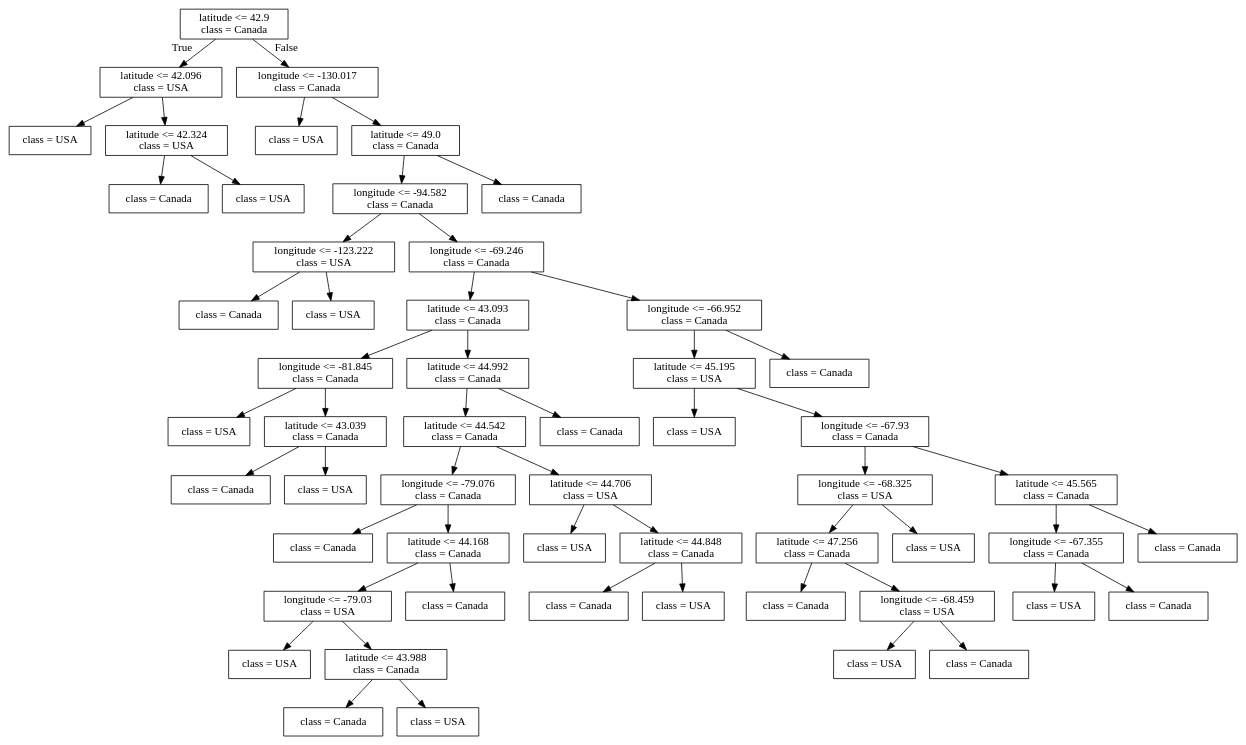
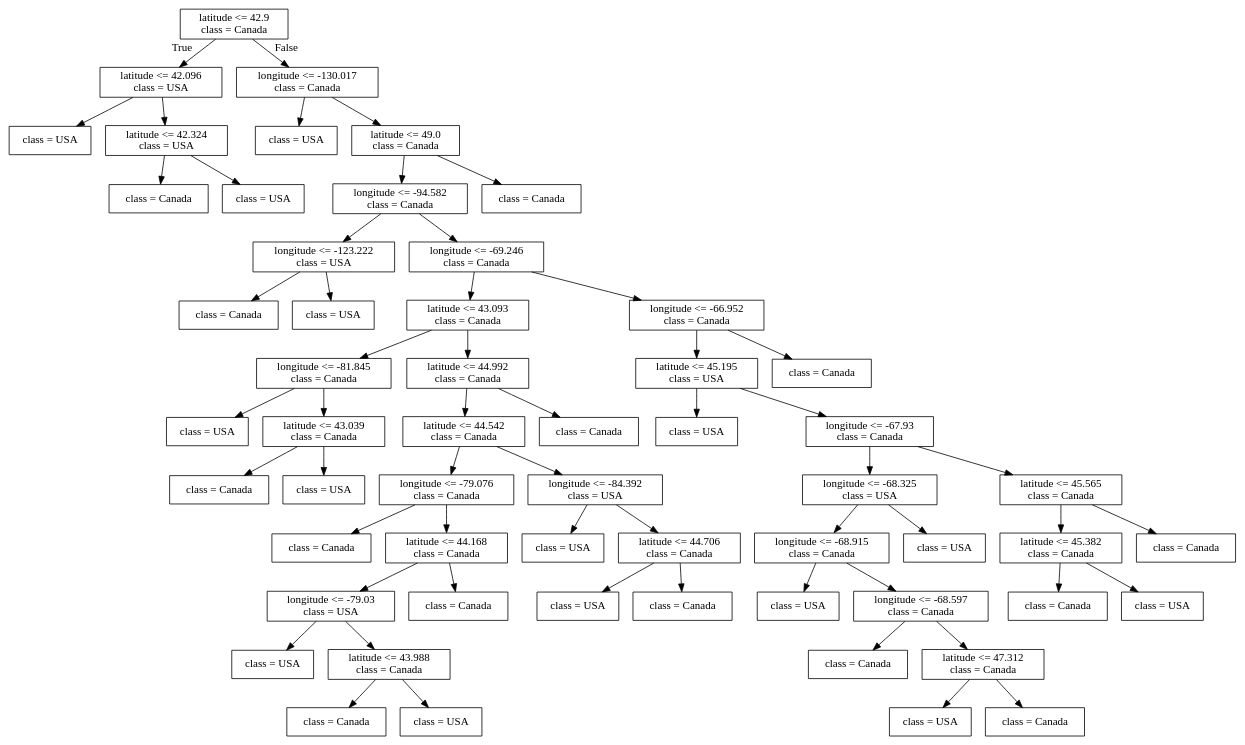
The diagram in lectures/Source.gv (bait509-ubc/BAIT509), drawn with Graphviz before and after one commit. The commit also changed 66 other files, not shown here.

```diff
--- a/lectures/Source.gv
+++ b/lectures/Source.gv
@@ -1,112 +1,116 @@
 digraph Tree {
 node [shape=box] ;
 0 [label="latitude <= 42.9\nclass = Canada"] ;
 1 [label="latitude <= 42.096\nclass = USA"] ;
 0 -> 1 [labeldistance=2.5, labelangle=45, headlabel="True"] ;
 2 [label="class = USA"] ;
 1 -> 2 ;
 3 [label="latitude <= 42.324\nclass = USA"] ;
 1 -> 3 ;
 4 [label="class = Canada"] ;
 3 -> 4 ;
 5 [label="class = USA"] ;
 3 -> 5 ;
 6 [label="longitude <= -130.017\nclass = Canada"] ;
 0 -> 6 [labeldistance=2.5, labelangle=-45, headlabel="False"] ;
 7 [label="class = USA"] ;
 6 -> 7 ;
 8 [label="latitude <= 49.0\nclass = Canada"] ;
 6 -> 8 ;
 9 [label="longitude <= -94.582\nclass = Canada"] ;
 8 -> 9 ;
 10 [label="longitude <= -123.222\nclass = USA"] ;
 9 -> 10 ;
 11 [label="class = Canada"] ;
 10 -> 11 ;
 12 [label="class = USA"] ;
 10 -> 12 ;
 13 [label="longitude <= -69.246\nclass = Canada"] ;
 9 -> 13 ;
 14 [label="latitude <= 43.093\nclass = Canada"] ;
 13 -> 14 ;
 15 [label="longitude <= -81.845\nclass = Canada"] ;
 14 -> 15 ;
 16 [label="class = USA"] ;
 15 -> 16 ;
 17 [label="latitude <= 43.039\nclass = Canada"] ;
 15 -> 17 ;
 18 [label="class = Canada"] ;
 17 -> 18 ;
 19 [label="class = USA"] ;
 17 -> 19 ;
 20 [label="latitude <= 44.992\nclass = Canada"] ;
 14 -> 20 ;
 21 [label="latitude <= 44.542\nclass = Canada"] ;
 20 -> 21 ;
 22 [label="longitude <= -79.076\nclass = Canada"] ;
 21 -> 22 ;
 23 [label="class = Canada"] ;
 22 -> 23 ;
 24 [label="latitude <= 44.168\nclass = Canada"] ;
 22 -> 24 ;
 25 [label="longitude <= -79.03\nclass = USA"] ;
 24 -> 25 ;
 26 [label="class = USA"] ;
 25 -> 26 ;
 27 [label="latitude <= 43.988\nclass = Canada"] ;
 25 -> 27 ;
 28 [label="class = Canada"] ;
 27 -> 28 ;
 29 [label="class = USA"] ;
 27 -> 29 ;
 30 [label="class = Canada"] ;
 24 -> 30 ;
-31 [label="latitude <= 44.706\nclass = USA"] ;
+31 [label="longitude <= -84.392\nclass = USA"] ;
 21 -> 31 ;
 32 [label="class = USA"] ;
 31 -> 32 ;
-33 [label="latitude <= 44.848\nclass = Canada"] ;
+33 [label="latitude <= 44.706\nclass = Canada"] ;
 31 -> 33 ;
-34 [label="class = Canada"] ;
+34 [label="class = USA"] ;
 33 -> 34 ;
-35 [label="class = USA"] ;
+35 [label="class = Canada"] ;
 33 -> 35 ;
 36 [label="class = Canada"] ;
 20 -> 36 ;
 37 [label="longitude <= -66.952\nclass = Canada"] ;
 13 -> 37 ;
 38 [label="latitude <= 45.195\nclass = USA"] ;
 37 -> 38 ;
 39 [label="class = USA"] ;
 38 -> 39 ;
 40 [label="longitude <= -67.93\nclass = Canada"] ;
 38 -> 40 ;
 41 [label="longitude <= -68.325\nclass = USA"] ;
 40 -> 41 ;
-42 [label="latitude <= 47.256\nclass = Canada"] ;
+42 [label="longitude <= -68.915\nclass = Canada"] ;
 41 -> 42 ;
-43 [label="class = Canada"] ;
+43 [label="class = USA"] ;
 42 -> 43 ;
-44 [label="longitude <= -68.459\nclass = USA"] ;
+44 [label="longitude <= -68.597\nclass = Canada"] ;
 42 -> 44 ;
-45 [label="class = USA"] ;
+45 [label="class = Canada"] ;
 44 -> 45 ;
-46 [label="class = Canada"] ;
+46 [label="latitude <= 47.312\nclass = Canada"] ;
 44 -> 46 ;
 47 [label="class = USA"] ;
-41 -> 47 ;
-48 [label="latitude <= 45.565\nclass = Canada"] ;
-40 -> 48 ;
-49 [label="longitude <= -67.355\nclass = Canada"] ;
-48 -> 49 ;
-50 [label="class = USA"] ;
-49 -> 50 ;
-51 [label="class = Canada"] ;
-49 -> 51 ;
+46 -> 47 ;
+48 [label="class = Canada"] ;
+46 -> 48 ;
+49 [label="class = USA"] ;
+41 -> 49 ;
+50 [label="latitude <= 45.565\nclass = Canada"] ;
+40 -> 50 ;
+51 [label="latitude <= 45.382\nclass = Canada"] ;
+50 -> 51 ;
 52 [label="class = Canada"] ;
-48 -> 52 ;
-53 [label="class = Canada"] ;
-37 -> 53 ;
+51 -> 52 ;
+53 [label="class = USA"] ;
+51 -> 53 ;
 54 [label="class = Canada"] ;
-8 -> 54 ;
+50 -> 54 ;
+55 [label="class = Canada"] ;
+37 -> 55 ;
+56 [label="class = Canada"] ;
+8 -> 56 ;
 }
```
